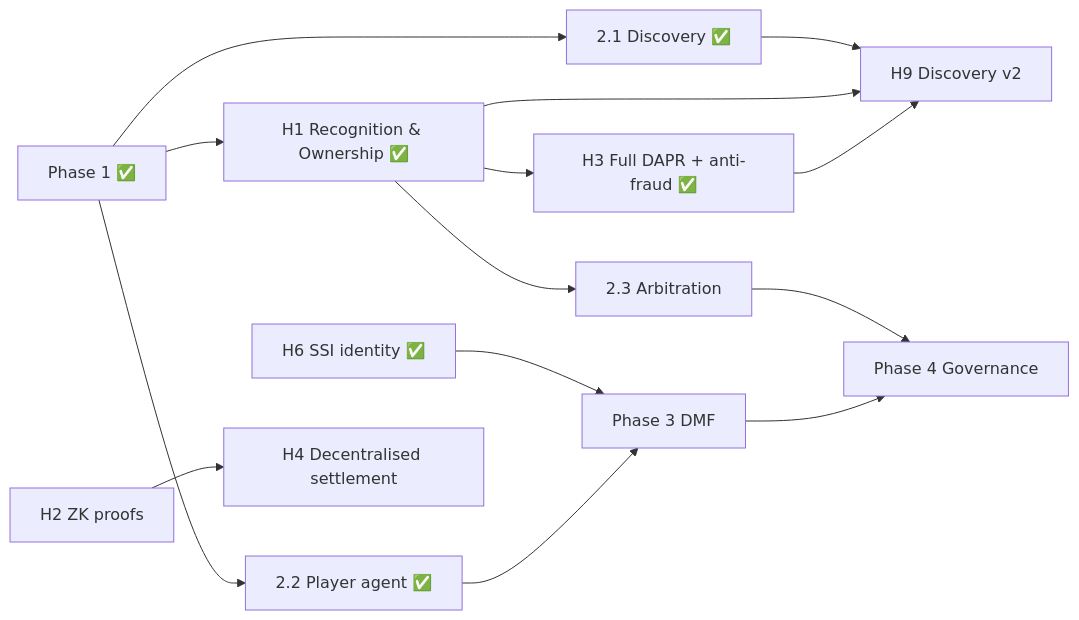
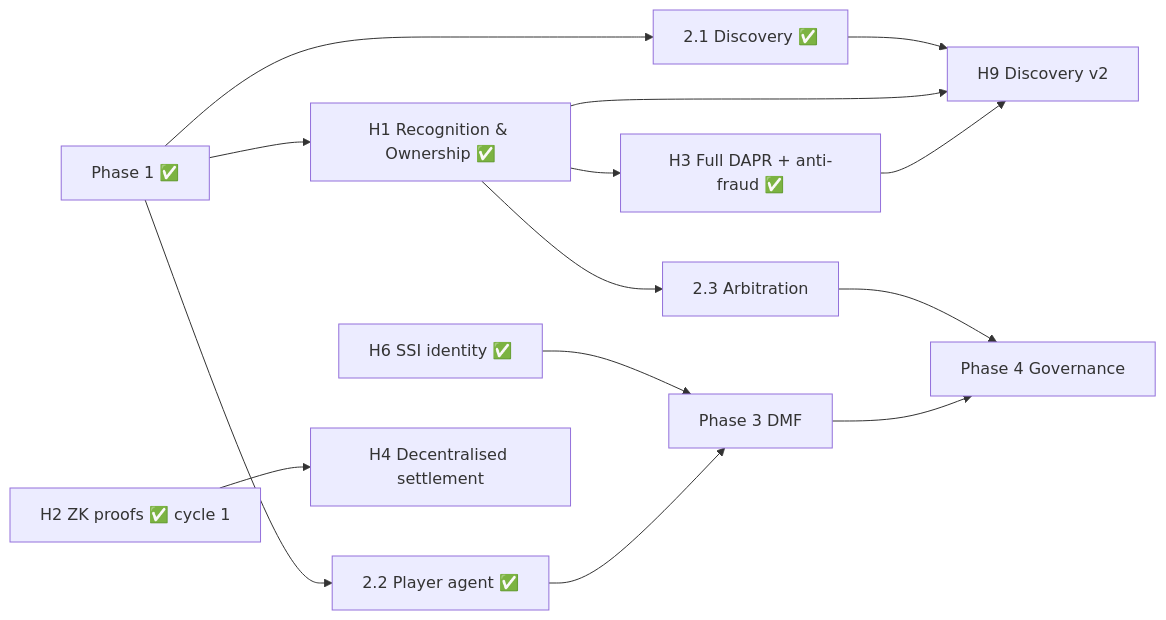
The diagram in docs/roadmap.md (perpetualbits/clean-web-economy), drawn with Mermaid before and after one commit. The commit also changed other lines of this file and 2 other files, not shown here.

Commit message:
Roadmap + project map: H2 cycle 1 (ZK usage proofs) complete

````diff
--- a/docs/roadmap.md
+++ b/docs/roadmap.md
@@ -154,16 +170,16 @@
 ```mermaid
 flowchart LR
   P1[Phase 1 ✅] --> P21[2.1 Discovery ✅]
   P1 --> P22[2.2 Player agent ✅]
   P1 --> H1[H1 Recognition & Ownership ✅]
   P21 --> H9[H9 Discovery v2]
   H1 --> H9
   H1 --> H3[H3 Full DAPR + anti-fraud ✅]
   H1 --> P23[2.3 Arbitration ✅]
   H3 --> H9
   H6[H6 SSI identity ✅] --> P3[Phase 3 DMF]
   P22 --> P3
-  H2[H2 ZK proofs] --> H4[H4 Decentralised settlement]
+  H2[H2 ZK proofs ✅ cycle 1] --> H4[H4 Decentralised settlement]
   P23[2.3 Arbitration] --> P4[Phase 4 Governance]
   P3 --> P4
 ```
````
